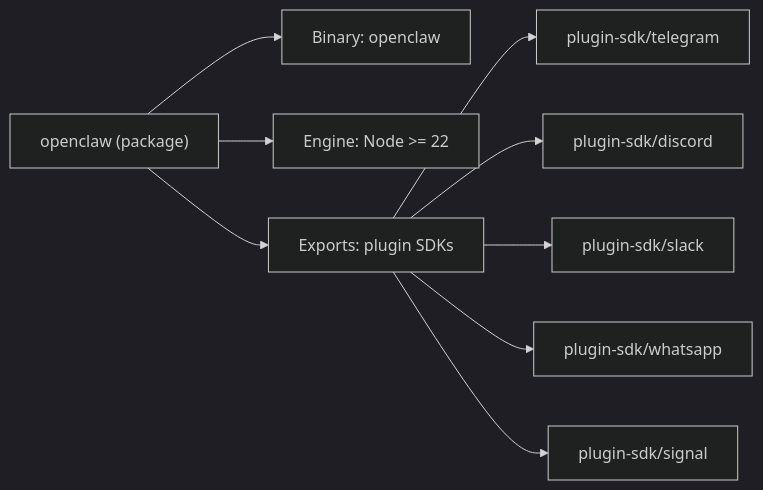
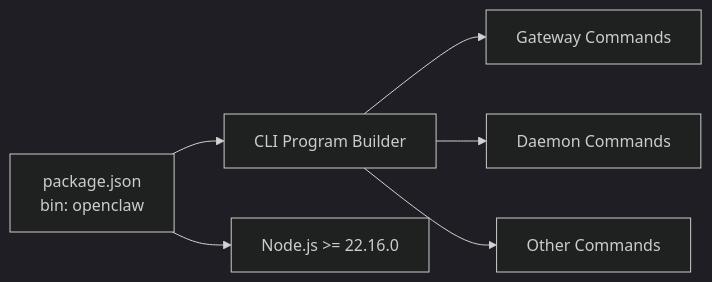
The third of 3 diagrams in repowiki/en/content/Getting Started.md (botx-work/OpenClaw-Internals), drawn with Mermaid (dark theme) before and after one commit. The commit also changed other lines of this file and 332 other files, not shown here.

````diff
--- a/repowiki/en/content/Getting Started.md
+++ b/repowiki/en/content/Getting Started.md
@@ -348,11 +239,8 @@
 ```mermaid
 graph LR
-OC["openclaw (package)"] --> Bin["Binary: openclaw"]
-OC --> Engines["Engine: Node >= 22"]
-OC --> Exports["Exports: plugin SDKs"]
-Exports --> SDK1["plugin-sdk/telegram"]
-Exports --> SDK2["plugin-sdk/discord"]
-Exports --> SDK3["plugin-sdk/slack"]
-Exports --> SDK4["plugin-sdk/whatsapp"]
-Exports --> SDK5["plugin-sdk/signal"]
+P["package.json<br/>bin: openclaw"] --> PRG["CLI Program Builder"]
+PRG --> GW["Gateway Commands"]
+PRG --> DA["Daemon Commands"]
+PRG --> OT["Other Commands"]
+P --> ENG["Node.js >= 22.16.0"]
 ```
````
